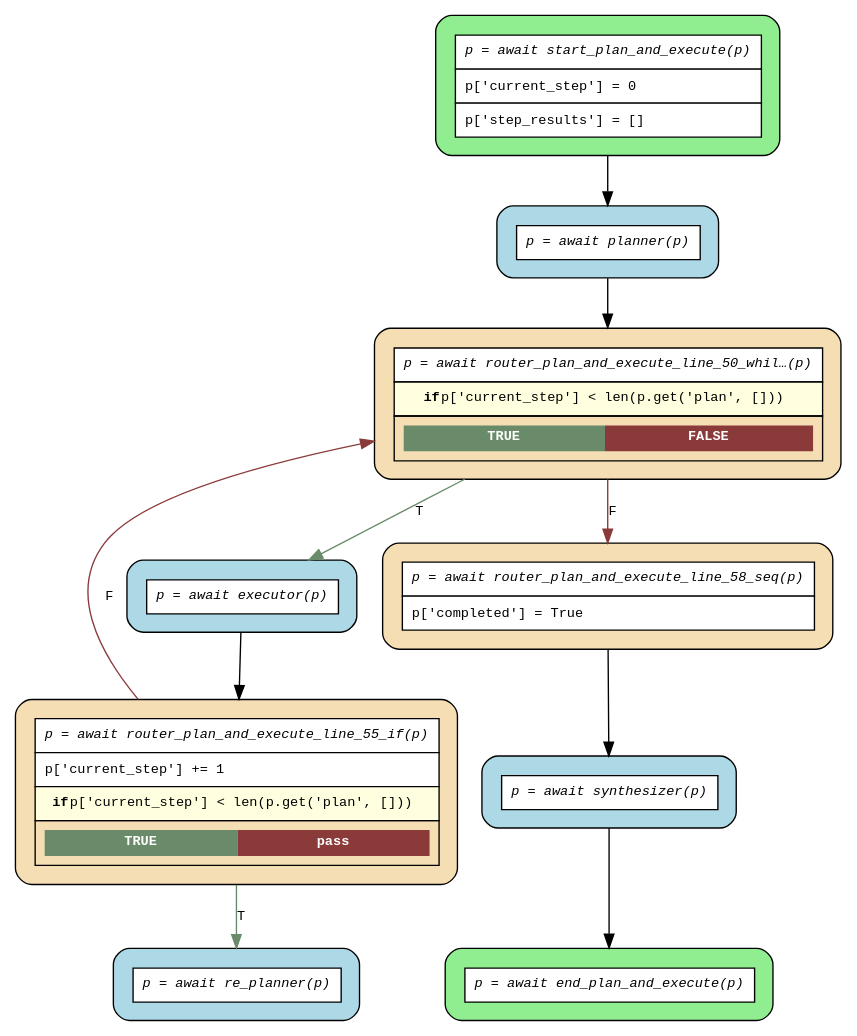
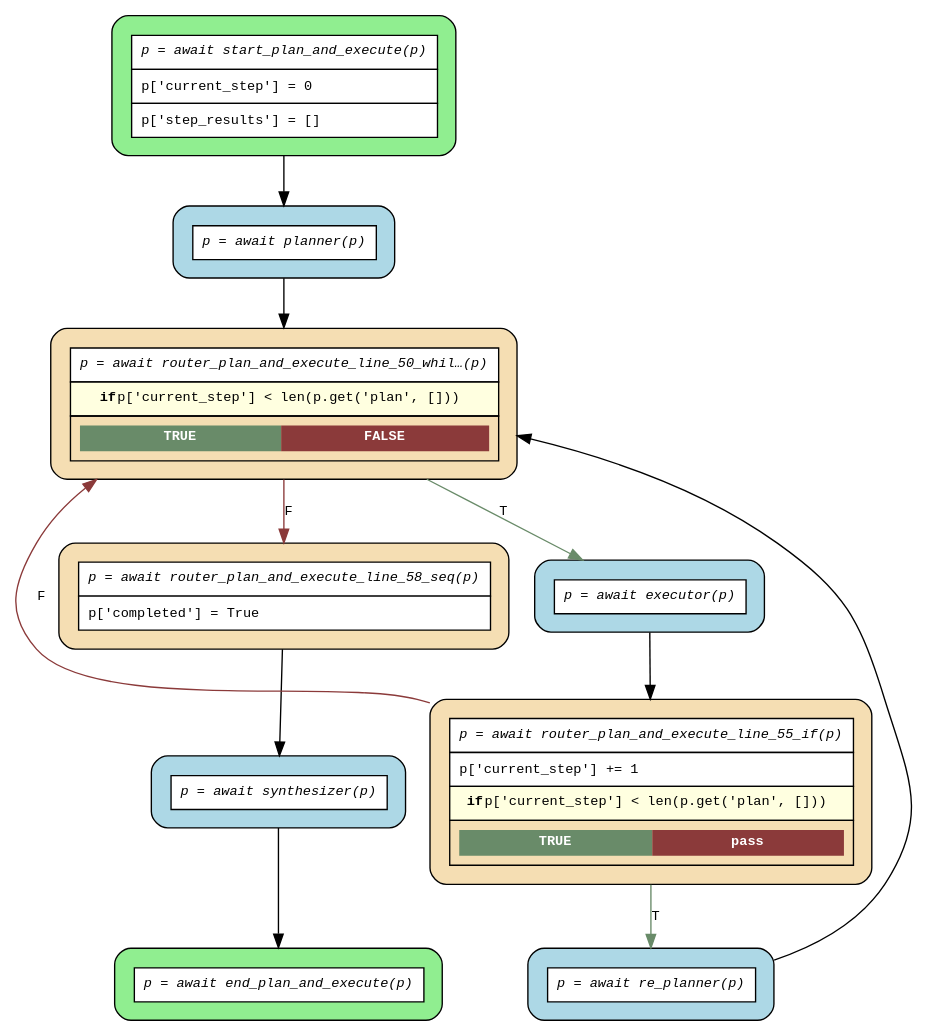
One commit to deliveryhero/asya changed the diagram in examples/flows/agentic/compiled/plan_and_execute/flow.dot. Above: the diagram before and after it, drawn with Graphviz. The commit also changed 6 other files, not shown here.

```diff
--- a/examples/flows/agentic/compiled/plan_and_execute/flow.dot
+++ b/examples/flows/agentic/compiled/plan_and_execute/flow.dot
@@ -1,26 +1,27 @@
 digraph flow {
   rankdir=TB;
   graph [fontname="Courier", fontsize=10];
   node [fontname="Courier", fontsize=10, shape=box, style="filled,rounded", margin="0.2"];
   edge [fontname="Courier", fontsize=10];
 
   start_plan_and_execute [fillcolor="lightgreen", group="main", label=<<table border="0" cellspacing="0" cellpadding="6" cellborder="1"><tr><td bgcolor="white" align="center"><i>p = await start_plan_and_execute(p)</i></td></tr><tr><td bgcolor="white" align="left">p['current_step'] = 0</td></tr><tr><td bgcolor="white" align="left">p['step_results'] = []</td></tr></table>>];
   router_plan_and_execute_line_58_seq [fillcolor="wheat", group="main", label=<<table border="0" cellspacing="0" cellpadding="6" cellborder="1"><tr><td bgcolor="white" align="center"><i>p = await router_plan_and_execute_line_58_seq(p)</i></td></tr><tr><td bgcolor="white" align="left">p['completed'] = True</td></tr></table>>];
   router_plan_and_execute_line_55_if [fillcolor="wheat", group="main", label=<<table border="0" cellspacing="0" cellpadding="6" cellborder="1"><tr><td bgcolor="white" align="center"><i>p = await router_plan_and_execute_line_55_if(p)</i></td></tr><tr><td bgcolor="white" align="left">p['current_step'] += 1</td></tr><tr><td bgcolor="lightyellow"><b>if</b> p['current_step'] &lt; len(p.get('plan', []))</td></tr><tr><td><table border="0" cellspacing="0" cellpadding="4"><tr><td bgcolor="darkseagreen4"><font color="white"><b>TRUE</b></font></td><td bgcolor="indianred4"><font color="white"><b>pass</b></font></td></tr></table></td></tr></table>>];
   router_plan_and_execute_line_50_while_0 [fillcolor="wheat", group="main", label=<<table border="0" cellspacing="0" cellpadding="6" cellborder="1"><tr><td bgcolor="white" align="center"><i>p = await router_plan_and_execute_line_50_whil…(p)</i></td></tr><tr><td bgcolor="lightyellow"><b>if</b> p['current_step'] &lt; len(p.get('plan', []))</td></tr><tr><td><table border="0" cellspacing="0" cellpadding="4"><tr><td bgcolor="darkseagreen4"><font color="white"><b>TRUE</b></font></td><td bgcolor="indianred4"><font color="white"><b>FALSE</b></font></td></tr></table></td></tr></table>>];
   end_plan_and_execute [fillcolor="lightgreen", group="main", label=<<table border="0" cellspacing="0" cellpadding="6" cellborder="1"><tr><td bgcolor="white" align="center"><i>p = await end_plan_and_execute(p)</i></td></tr></table>>];
   executor [fillcolor="lightblue", label=<<table border="0" cellspacing="0" cellpadding="6" cellborder="1"><tr><td bgcolor="white" align="center"><i>p = await executor(p)</i></td></tr></table>>];
   planner [fillcolor="lightblue", label=<<table border="0" cellspacing="0" cellpadding="6" cellborder="1"><tr><td bgcolor="white" align="center"><i>p = await planner(p)</i></td></tr></table>>];
   re_planner [fillcolor="lightblue", label=<<table border="0" cellspacing="0" cellpadding="6" cellborder="1"><tr><td bgcolor="white" align="center"><i>p = await re_planner(p)</i></td></tr></table>>];
   synthesizer [fillcolor="lightblue", label=<<table border="0" cellspacing="0" cellpadding="6" cellborder="1"><tr><td bgcolor="white" align="center"><i>p = await synthesizer(p)</i></td></tr></table>>];
 
   executor -> router_plan_and_execute_line_55_if;
   planner -> router_plan_and_execute_line_50_while_0;
+  re_planner -> router_plan_and_execute_line_50_while_0 [constraint=false];
   router_plan_and_execute_line_50_while_0 -> executor [label="T", color=darkseagreen4];
   router_plan_and_execute_line_50_while_0 -> router_plan_and_execute_line_58_seq [label="F", color=indianred4];
   router_plan_and_execute_line_55_if -> re_planner [label="T", color=darkseagreen4];
   router_plan_and_execute_line_55_if -> router_plan_and_execute_line_50_while_0 [label="F", color=indianred4, constraint=false];
   router_plan_and_execute_line_58_seq -> synthesizer;
   start_plan_and_execute -> planner;
   synthesizer -> end_plan_and_execute;
 }
```
